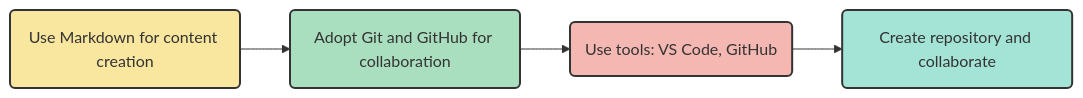
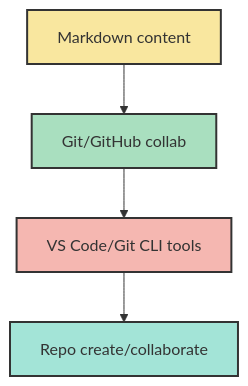
One commit to buckeye43210/markdown-to-snowkb changed the first of 9 diagrams in README.md. Above: the diagram before and after it, drawn with Mermaid. The commit also changed other lines of this file, not shown here.

````diff
--- a/README.md
+++ b/README.md
@@ -228,17 +160,16 @@
-~~~mermaid
-graph LR
-    A(Use Markdown for content creation)
-    A --> B(Adopt Git and GitHub for collaboration)
-    B --> C(Use tools: VS Code, GitHub)
-    C --> D(Create repository and collaborate)
+```mermaid
+graph TD
+    A[Markdown content] --> B[Git/GitHub collab]
+    B --> C[VS Code/Git CLI tools]
+    C --> D[Repo create/collaborate]
 
     classDef markdown fill:#f9e79f,stroke:#333,stroke-width:2px;
     classDef git fill:#a9dfbf,stroke:#333,stroke-width:2px;
     classDef tools fill:#f5b7b1,stroke:#333,stroke-width:2px;
     classDef repo fill:#a3e4d7,stroke:#333,stroke-width:2px;
 
     class A markdown;
     class B git;
     class C tools;
     class D repo;
-~~~  
+```
````
